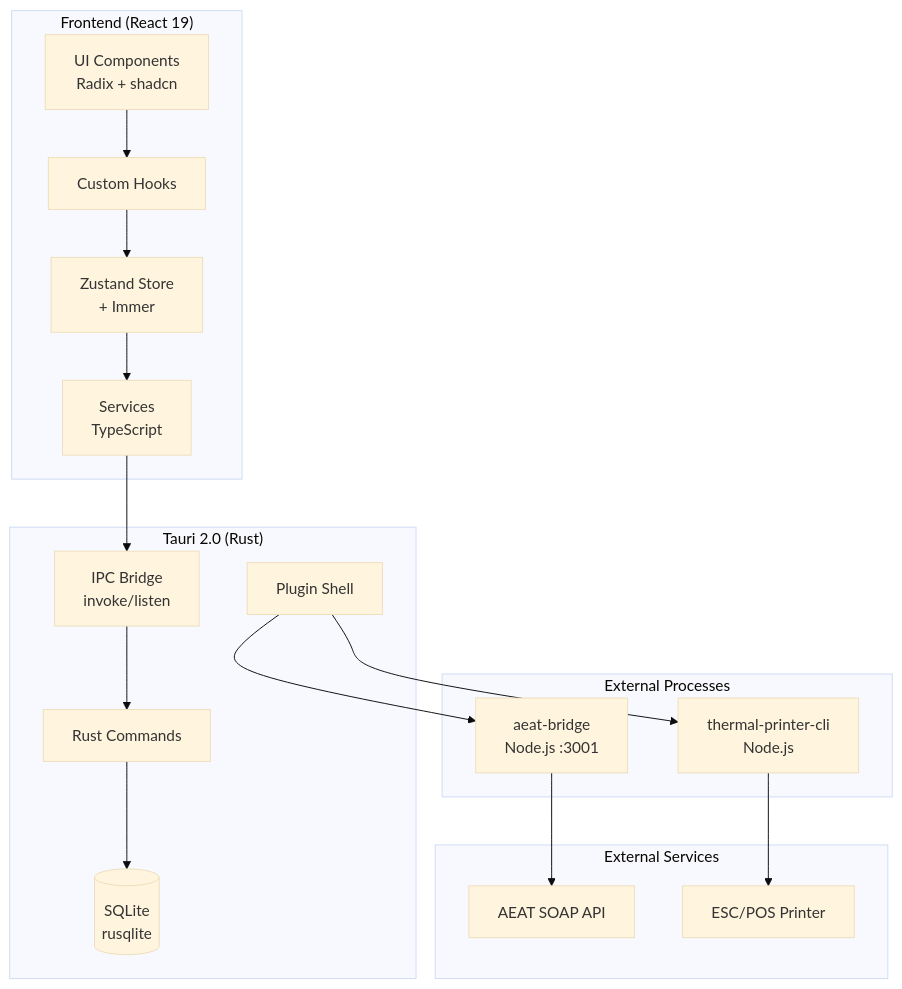
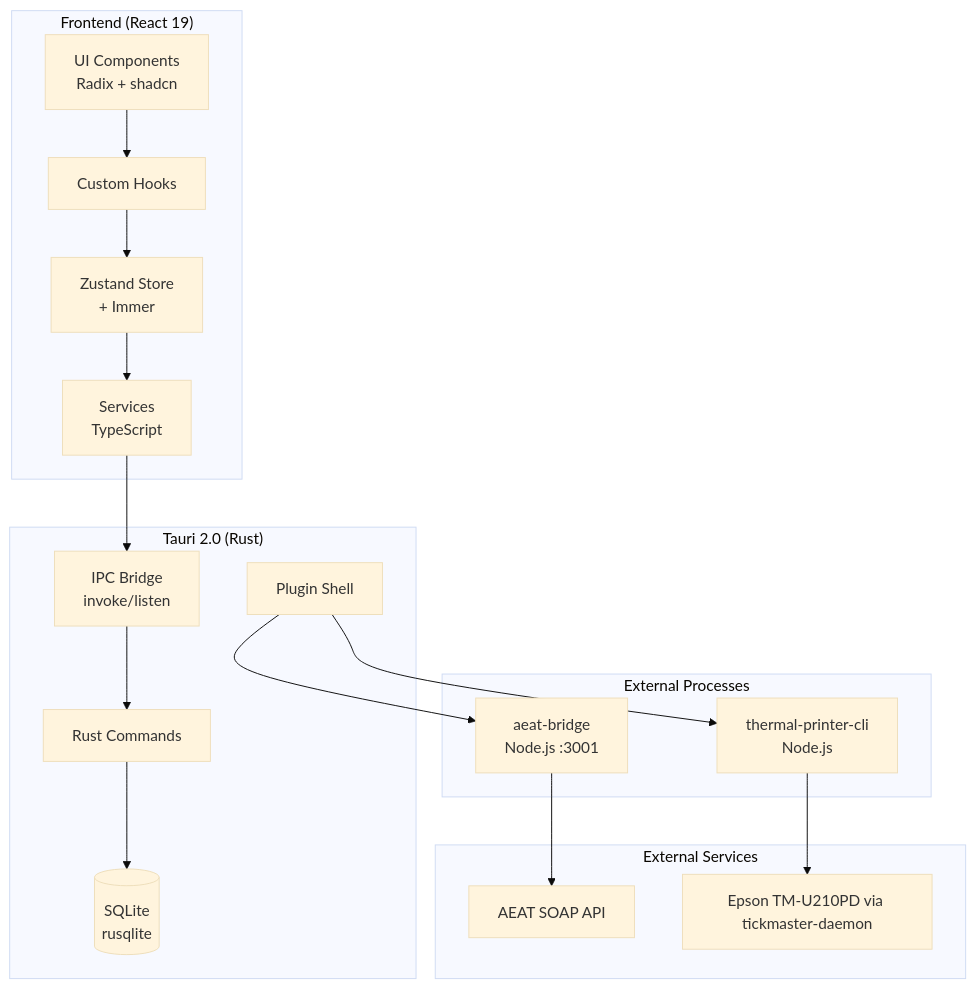
One commit to MKS2508/tpv-el-haido2 changed the first of 4 diagrams in apps/haidodocs/content/en/docs/development/architecture.mdx. Above: the diagram before and after it, drawn with Mermaid (base theme). The commit also changed other lines of this file and 23 other files, not shown here.

````diff
--- a/apps/haidodocs/content/en/docs/development/architecture.mdx
+++ b/apps/haidodocs/content/en/docs/development/architecture.mdx
@@ -12,37 +12,37 @@
 ```mermaid
 graph TB
     subgraph Frontend["Frontend (React 19)"]
         UI[UI Components<br/>Radix + shadcn]
         Store[Zustand Store<br/>+ Immer]
         Services[Services<br/>TypeScript]
         Hooks[Custom Hooks]
     end
 
     subgraph Tauri["Tauri 2.0 (Rust)"]
         IPC[IPC Bridge<br/>invoke/listen]
         Commands[Rust Commands]
         SQLite[(SQLite<br/>rusqlite)]
         Shell[Plugin Shell]
     end
 
     subgraph Sidecars["External Processes"]
         AEAT[aeat-bridge<br/>Node.js :3001]
         Printer[thermal-printer-cli<br/>Node.js]
     end
 
     subgraph External["External Services"]
         AEATWS[AEAT SOAP API]
-        PrinterHW[ESC/POS Printer]
+        PrinterHW[Epson TM-U210PD via tickmaster-daemon]
     end
 
     UI --> Hooks
     Hooks --> Store
     Store --> Services
     Services --> IPC
     IPC --> Commands
     Commands --> SQLite
     Shell --> AEAT
     Shell --> Printer
     AEAT --> AEATWS
     Printer --> PrinterHW
 ```
````
